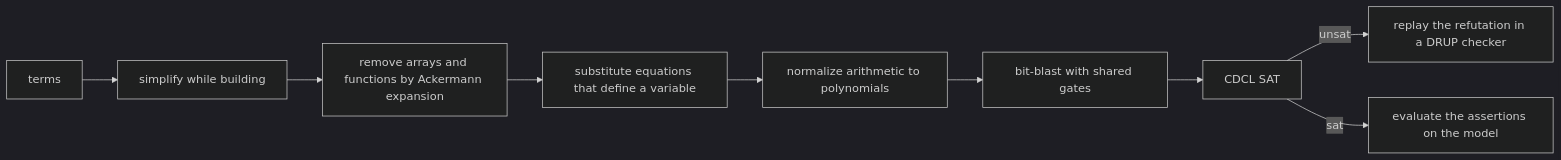
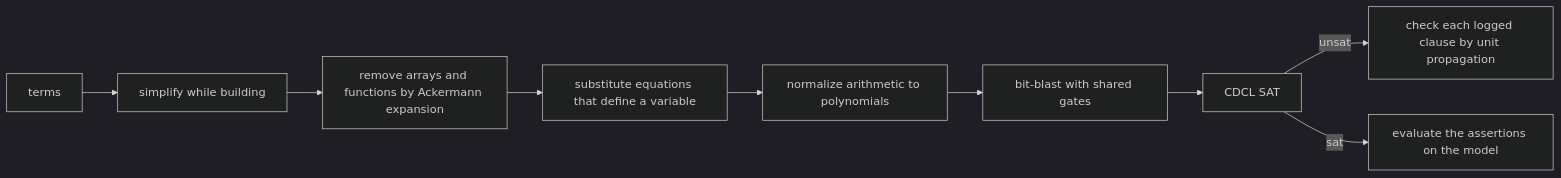
Before and after one commit to The-Mettle-Project/Mettle: the second of 2 diagrams in docs/proofs.md, drawn with Mermaid (dark theme). The commit also changed other lines of this file and 9 other files, not shown here.

````diff
--- a/docs/proofs.md
+++ b/docs/proofs.md
@@ -327,11 +327,11 @@
 ```mermaid
 flowchart LR
   T[terms] --> S[simplify while building]
   S --> A[remove arrays and functions by Ackermann expansion]
   A --> E[substitute equations that define a variable]
   E --> N[normalize arithmetic to polynomials]
   N --> B[bit-blast with shared gates]
   B --> C[CDCL SAT]
-  C -- unsat --> P[replay the refutation in a DRUP checker]
+  C -- unsat --> P[check each logged clause by unit propagation]
   C -- sat --> V[evaluate the assertions on the model]
 ```
````
